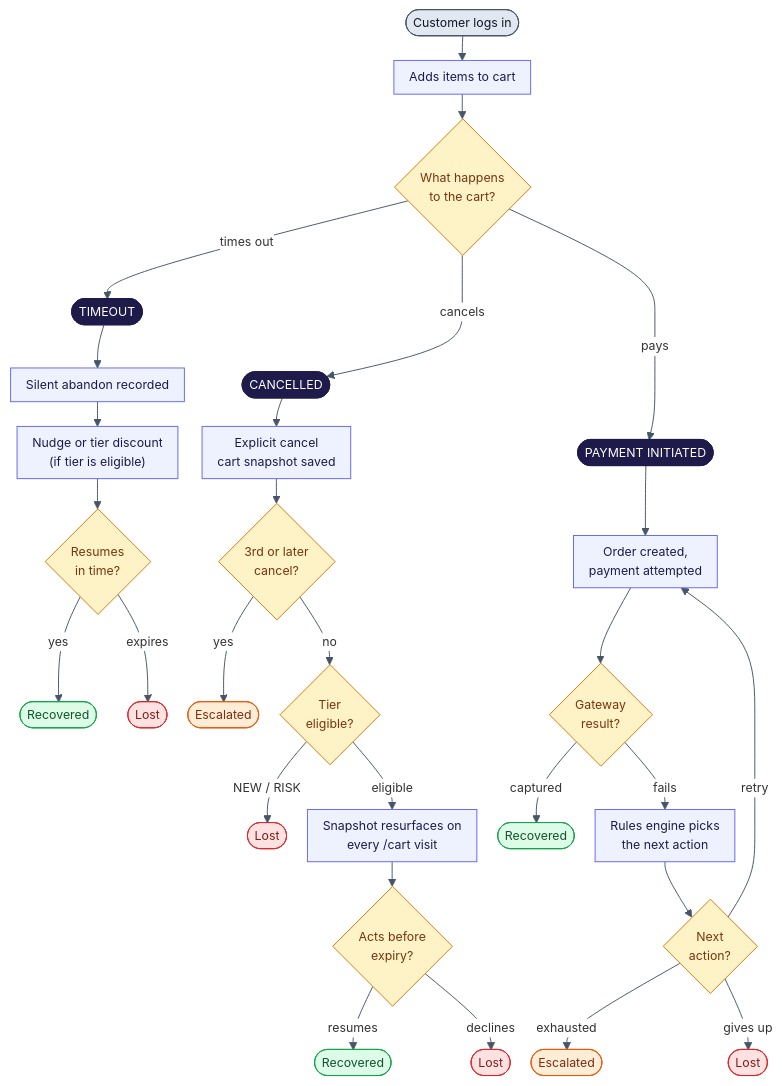
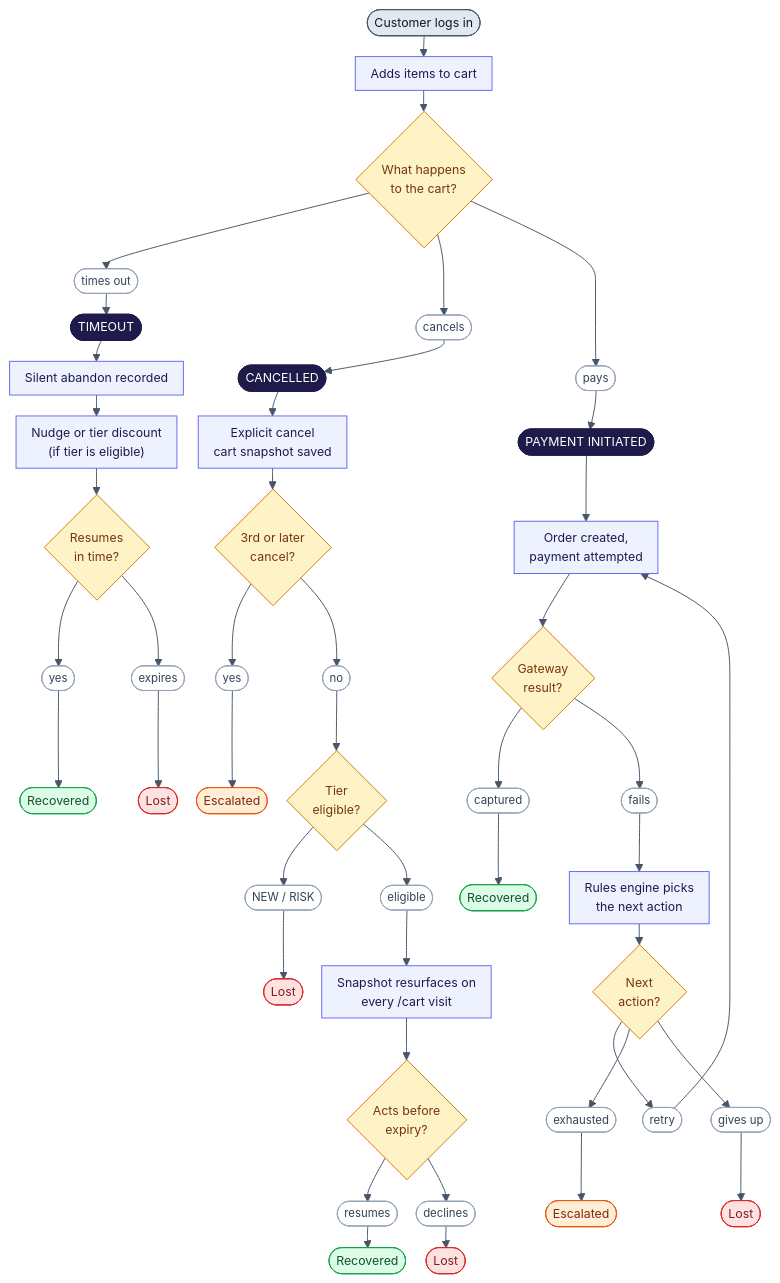
Before and after one commit to Lakshaykhatri231/Backstop: the diagram in docs/diagrams/customer-journey.mmd, drawn with Mermaid. The commit also changed 4 other files, not shown here.

Commit message:
Personalised voice agent, Dragon HD pace and pauses, clean architecture diagrams

```diff
--- a/docs/diagrams/customer-journey.mmd
+++ b/docs/diagrams/customer-journey.mmd
@@ -1,50 +1,94 @@
-%%{init: {'theme':'base','themeVariables':{'fontSize':'13px','edgeLabelBackground':'#ffffff','lineColor':'#475569'},'flowchart':{'nodeSpacing':22,'rankSpacing':26,'padding':8,'htmlLabels':true}}}%%
+%%{init: {'theme':'base','themeVariables':{'fontSize':'13px','lineColor':'#475569'},'flowchart':{'nodeSpacing':20,'rankSpacing':22,'padding':8,'htmlLabels':true}}}%%
 flowchart TD
-    START(["Customer logs in"]) --> CART["Adds items to cart"]
-    CART --> FORK{"What happens<br/>to the cart?"}
-    FORK -- times out --> TH(["TIMEOUT"])
-    FORK -- cancels --> CH(["CANCELLED"])
-    FORK -- pays --> PH(["PAYMENT INITIATED"])
-
-    TH --> T1["Silent abandon recorded"]
-    T1 --> T2["Nudge or tier discount<br/>(if tier is eligible)"]
-    T2 --> T3{"Resumes<br/>in time?"}
-    T3 -- yes --> TR(["Recovered"])
-    T3 -- expires --> TL(["Lost"])
-
-    CH --> C1["Explicit cancel<br/>cart snapshot saved"]
-    C1 --> C2{"3rd or later<br/>cancel?"}
-    C2 -- yes --> CE(["Escalated"])
-    C2 -- no --> C3{"Tier<br/>eligible?"}
-    C3 -- "NEW / RISK" --> CL1(["Lost"])
-    C3 -- eligible --> C4["Snapshot resurfaces on<br/>every /cart visit"]
-    C4 --> C5{"Acts before<br/>expiry?"}
-    C5 -- resumes --> CR(["Recovered"])
-    C5 -- declines --> CL2(["Lost"])
-
-    PH --> P1["Order created,<br/>payment attempted"]
-    P1 --> P2{"Gateway<br/>result?"}
-    P2 -- captured --> PR(["Recovered"])
-    P2 -- fails --> P3["Rules engine picks<br/>the next action"]
-    P3 --> P4{"Next<br/>action?"}
-    P4 -- "retry" --> P1
-    P4 -- exhausted --> PE(["Escalated"])
-    P4 -- "gives up" --> PL(["Lost"])
-
+    START(["Customer logs in"])
+    CART["Adds items to cart"]
+    FORK{"What happens<br/>to the cart?"}
+    TH(["TIMEOUT"])
+    CH(["CANCELLED"])
+    PH(["PAYMENT INITIATED"])
+    T1["Silent abandon recorded"]
+    T2["Nudge or tier discount<br/>(if tier is eligible)"]
+    T3{"Resumes<br/>in time?"}
+    TR(["Recovered"])
+    TL(["Lost"])
+    C1["Explicit cancel<br/>cart snapshot saved"]
+    C2{"3rd or later<br/>cancel?"}
+    CE(["Escalated"])
+    C3{"Tier<br/>eligible?"}
+    CL1(["Lost"])
+    C4["Snapshot resurfaces on<br/>every /cart visit"]
+    C5{"Acts before<br/>expiry?"}
+    CR(["Recovered"])
+    CL2(["Lost"])
+    P1["Order created,<br/>payment attempted"]
+    P2{"Gateway<br/>result?"}
+    PR(["Recovered"])
+    P3["Rules engine picks<br/>the next action"]
+    P4{"Next<br/>action?"}
+    PE(["Escalated"])
+    PL(["Lost"])
+    START --> CART
+    CART --> FORK
+    FORK --> L1(["times out"])
+    L1 --> TH
+    FORK --> L2(["cancels"])
+    L2 --> CH
+    FORK --> L3(["pays"])
+    L3 --> PH
+    TH --> T1
+    T1 --> T2
+    T2 --> T3
+    T3 --> L4(["yes"])
+    L4 --> TR
+    T3 --> L5(["expires"])
+    L5 --> TL
+    CH --> C1
+    C1 --> C2
+    C2 --> L6(["yes"])
+    L6 --> CE
+    C2 --> L7(["no"])
+    L7 --> C3
+    C3 --> L8(["NEW / RISK"])
+    L8 --> CL1
+    C3 --> L9(["eligible"])
+    L9 --> C4
+    C4 --> C5
+    C5 --> L10(["resumes"])
+    L10 --> CR
+    C5 --> L11(["declines"])
+    L11 --> CL2
+    PH --> P1
+    P1 --> P2
+    P2 --> L12(["captured"])
+    L12 --> PR
+    P2 --> L13(["fails"])
+    L13 --> P3
+    P3 --> P4
+    P4 --> L14(["retry"])
+    L14 --> P1
+    P4 --> L15(["exhausted"])
+    L15 --> PE
+    P4 --> L16(["gives up"])
+    L16 --> PL
     TH ~~~ CH
     CH ~~~ PH
 
     classDef start fill:#e2e8f0,stroke:#475569,color:#0f172a
     classDef head fill:#1e1b4b,stroke:#1e1b4b,color:#ffffff
     classDef step fill:#eef2ff,stroke:#6366f1,color:#1e1b4b
+    classDef cart fill:#ccfbf1,stroke:#0d9488,color:#134e4a
     classDef ask fill:#fef3c7,stroke:#d97706,color:#78350f
+    classDef ai fill:#f3e8ff,stroke:#9333ea,color:#3b0764
     classDef good fill:#dcfce7,stroke:#16a34a,color:#14532d
     classDef bad fill:#fee2e2,stroke:#dc2626,color:#7f1d1d
     classDef person fill:#ffedd5,stroke:#ea580c,color:#7c2d12
+    classDef log fill:#e0f2fe,stroke:#0284c7,color:#0c4a6e
+    classDef tag fill:#ffffff,stroke:#94a3b8,color:#334155,font-size:12px
     class START start
     class TH,CH,PH head
     class CART,T1,T2,C1,C4,P1,P3 step
     class FORK,T3,C2,C3,C5,P2,P4 ask
     class TR,CR,PR good
     class TL,CL1,CL2,PL bad
     class CE,PE person
+    class L1,L2,L3,L4,L5,L6,L7,L8,L9,L10,L11,L12,L13,L14,L15,L16 tag
```
